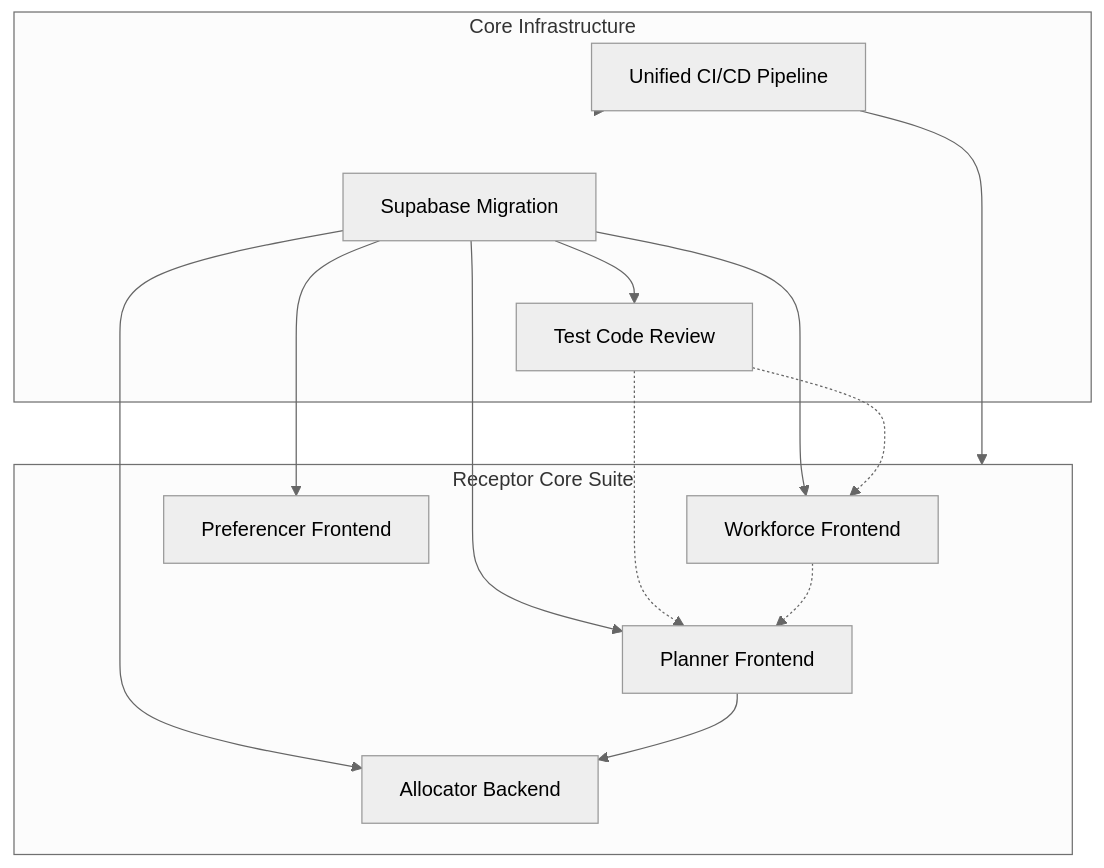
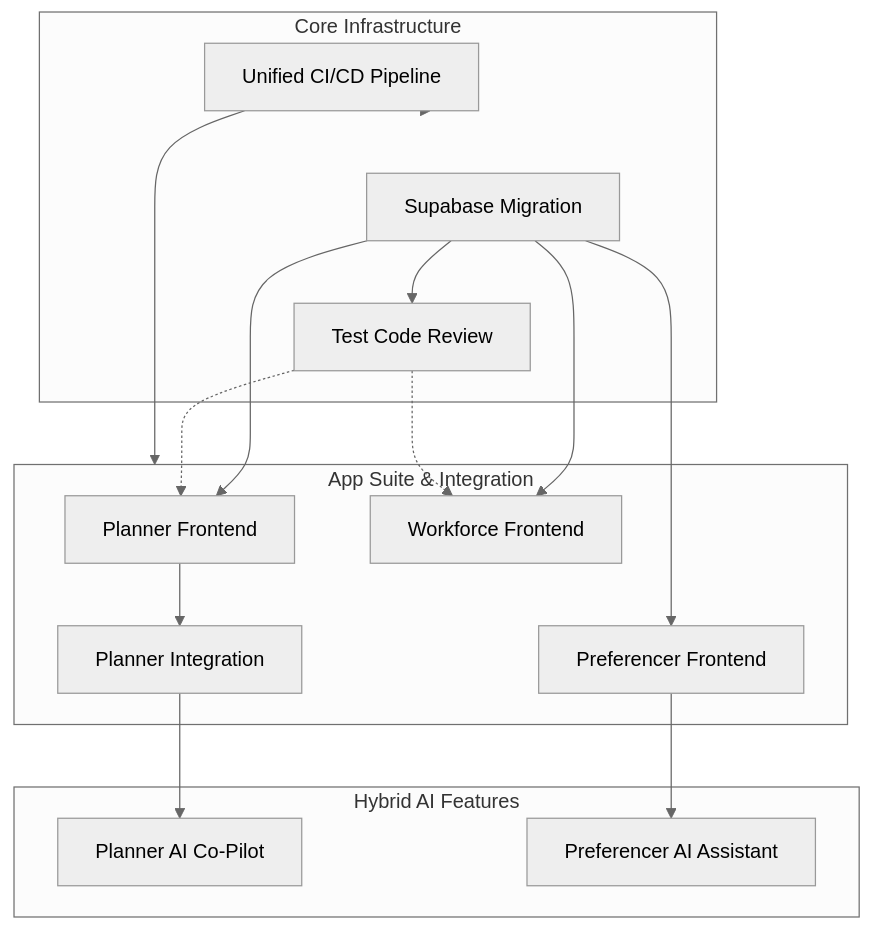
Before and after one commit to dm-ra-01/doco-receptor-ecosystem: the diagram in docs/projects/overview.md, drawn with Mermaid (neutral theme). The commit also changed other lines of this file and 5 other files, not shown here.

Commit message:
docs: add AI PRDs, integrate allocator planner architecture, and modernize projects index

````diff
--- a/docs/projects/overview.md
+++ b/docs/projects/overview.md
@@ -29,27 +52,34 @@
 ```mermaid
 flowchart TD
     subgraph Infrastructure["Core Infrastructure"]
         P1["Supabase Migration"]
         P2["Test Code Review"]
         P6["Unified CI/CD Pipeline"]
     end
     
-    subgraph CoreSuite["Receptor Core Suite"]
+    subgraph CoreSuite["App Suite & Integration"]
         P3A["Planner Frontend"]
         P3B["Workforce Frontend"]
         P4["Preferencer Frontend"]
-        P5["Allocator Backend"]
+        P7["Planner Integration"]
+    end
+
+    subgraph AI["Hybrid AI Features"]
+        A1["Planner AI Co-Pilot"]
+        A2["Preferencer AI Assistant"]
     end
     
     P1 --> P2
     P6 --> Infrastructure
     P6 --> CoreSuite
     P1 --> P3A
     P1 --> P3B
     P1 --> P4
-    P1 --> P5
     P2 -.-> P3A
     P2 -.-> P3B
-    P3A --> P5
-    P3B -.-> P3A
+    
+    P3A --> P7
+    P7 --> A1
+    
+    P4 --> A2
 ```
````
